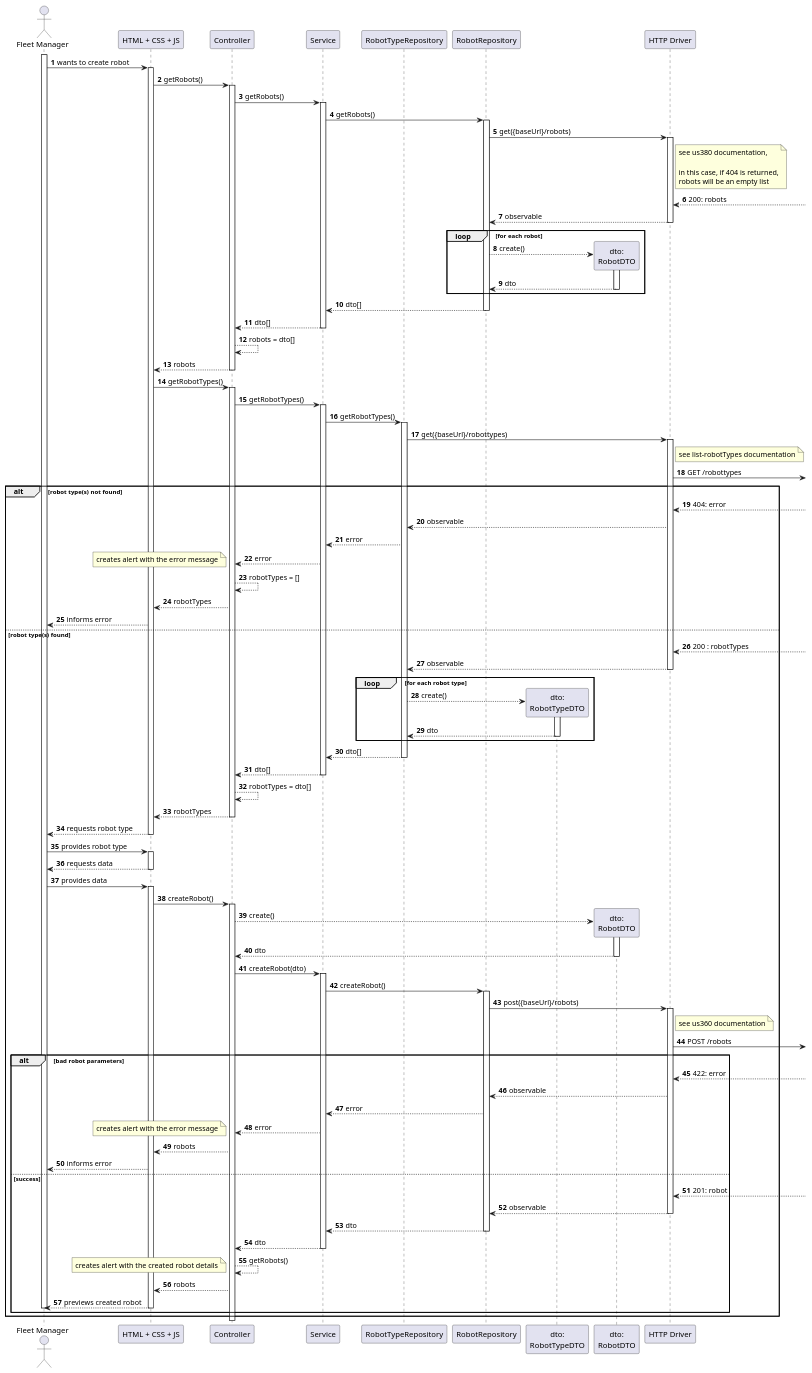
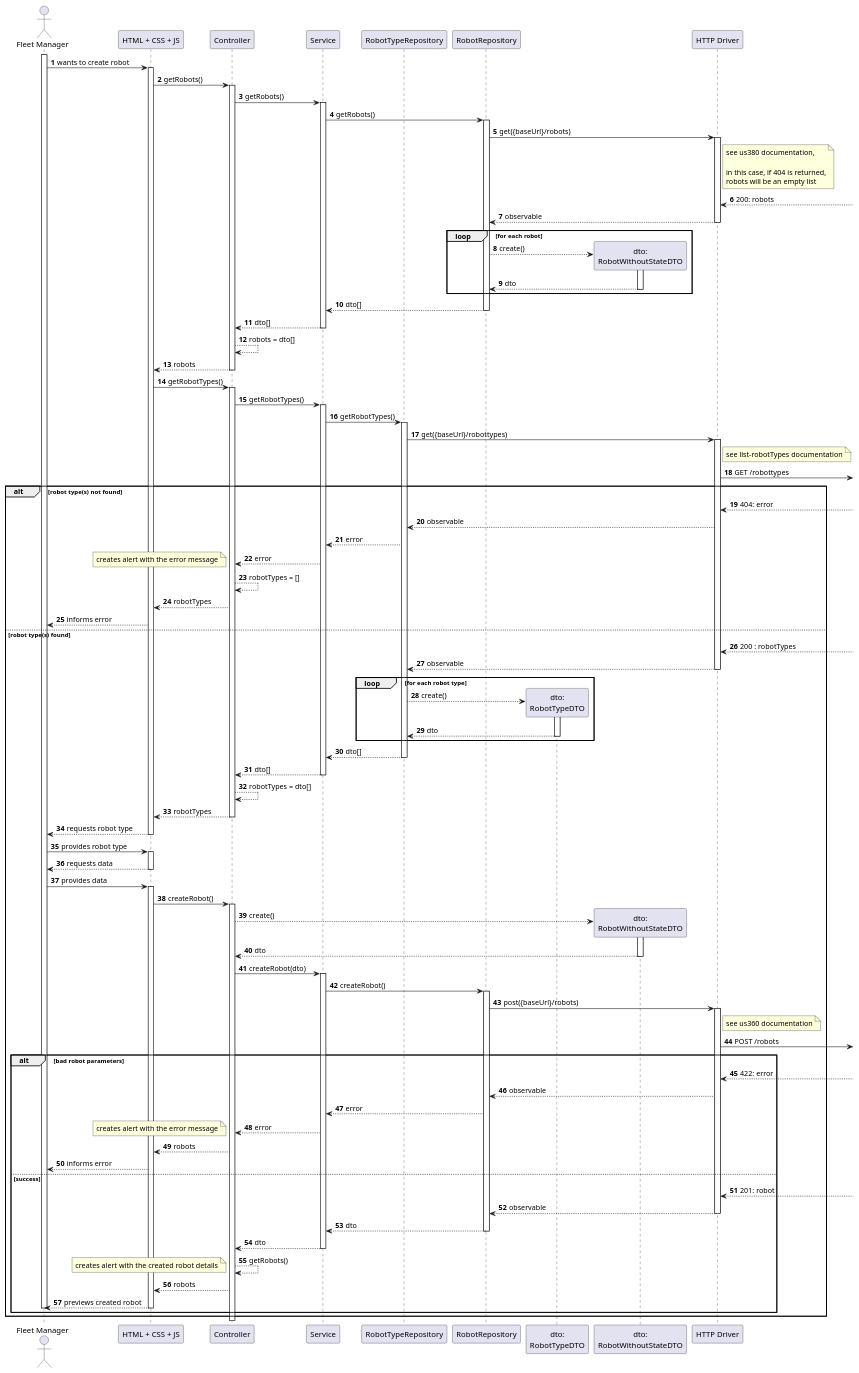
One commit to Departamento-de-Engenharia-Informatica/lapr5-23-24-g19 changed the diagram in docs/us1010/level3/process-view.puml. Above: the diagram before and after it, drawn with PlantUML. The commit also changed 1 other file, not shown here.

Commit message:
docs(u1010): updated DTO

```diff
--- a/docs/us1010/level3/process-view.puml
+++ b/docs/us1010/level3/process-view.puml
@@ -1,130 +1,130 @@
 @startuml
 
 autonumber
 
 actor "Fleet Manager" as usr
 
 participant "HTML + CSS + JS" as view
 participant "Controller" as ctrl
 participant "Service" as svc
 participant "RobotTypeRepository" as t_repo
 participant "RobotRepository" as r_repo
 participant "dto:\nRobotTypeDTO" as t_dto
-participant "dto:\nRobotDTO" as r_dto
+participant "dto:\nRobotWithoutStateDTO" as r_dto
 
 participant "HTTP Driver" as http
 
 activate usr
     usr -> view : wants to create robot
     activate view
         view -> ctrl : getRobots()
             activate ctrl
                 ctrl -> svc : getRobots()
                 activate svc
                     svc -> r_repo : getRobots()
                     activate r_repo 
                         r_repo -> http: get({baseUrl}/robots)
                         note right of http : see us380 documentation,\n\nin this case, if 404 is returned,\nrobots will be an empty list
                         activate http
                             http <--] : 200: robots
                             http --> r_repo : observable
                         deactivate http
                         loop for each robot 
                             r_repo --> r_dto** : create()
                             activate r_dto
                                 r_dto --> r_repo : dto
                             deactivate r_dto
                         end
                         r_repo --> svc : dto[]
                     deactivate r_repo
                     svc --> ctrl : dto[]
                 deactivate svc
                 ctrl --> ctrl : robots = dto[]
                 ctrl --> view : robots
             deactivate ctrl
         view -> ctrl : getRobotTypes()
         activate ctrl
             ctrl -> svc : getRobotTypes()
             activate svc
                 svc -> t_repo : getRobotTypes()
                 activate t_repo 
                     t_repo -> http: get({baseUrl}/robottypes)
                     note right of http : see list-robotTypes documentation
                     activate http
                         http ->] : GET /robottypes
 alt robot type(s) not found
                         http <--] : 404: error
                         http --> t_repo : observable
                         t_repo --> svc : error
                         svc --> ctrl : error
                         note left: creates alert with the error message
                         ctrl --> ctrl : robotTypes = []
                         ctrl --> view : robotTypes
                         view --> usr : informs error
 else robot type(s) found
                         http <--] : 200 : robotTypes
                         http --> t_repo : observable
                     deactivate http
                     loop for each robot type
                         t_repo --> t_dto** : create()
                         activate t_dto
                             t_dto --> t_repo : dto
                         deactivate t_dto
                     end
                     t_repo --> svc : dto[]
                 deactivate t_repo
                 svc --> ctrl : dto[]
             deactivate svc
             ctrl --> ctrl : robotTypes = dto[]
             ctrl --> view : robotTypes
         deactivate ctrl
         view --> usr : requests robot type
     deactivate view
 
     usr -> view : provides robot type
     activate view
         view --> usr : requests data
     deactivate view
 
     usr -> view : provides data
     activate view
         view -> ctrl : createRobot()
         activate ctrl
             ctrl --> r_dto** : create()
             activate r_dto
                 r_dto --> ctrl : dto
             deactivate r_dto
             ctrl -> svc : createRobot(dto)
             activate svc
                 svc -> r_repo : createRobot()
                 activate r_repo 
                     r_repo -> http: post({baseUrl}/robots)
                     activate http
                         note right of http : see us360 documentation
                         http ->] : POST /robots
 alt bad robot parameters
                         http <--] : 422: error
                         http --> r_repo : observable
                         r_repo --> svc : error
                         svc --> ctrl : error
                         note left: creates alert with the error message
                         ctrl --> view : robots
                         view --> usr : informs error
 else success
                         http <--] : 201: robot
                         http --> r_repo : observable
                     deactivate http
                     r_repo --> svc : dto
                 deactivate r_repo 
                 svc --> ctrl : dto
             deactivate svc
             ctrl --> ctrl : getRobots()
             note left: creates alert with the created robot details
             ctrl --> view : robots
         view --> usr : previews created robot
     deactivate view
 deactivate usr
 end
 end
 
 @enduml
```
